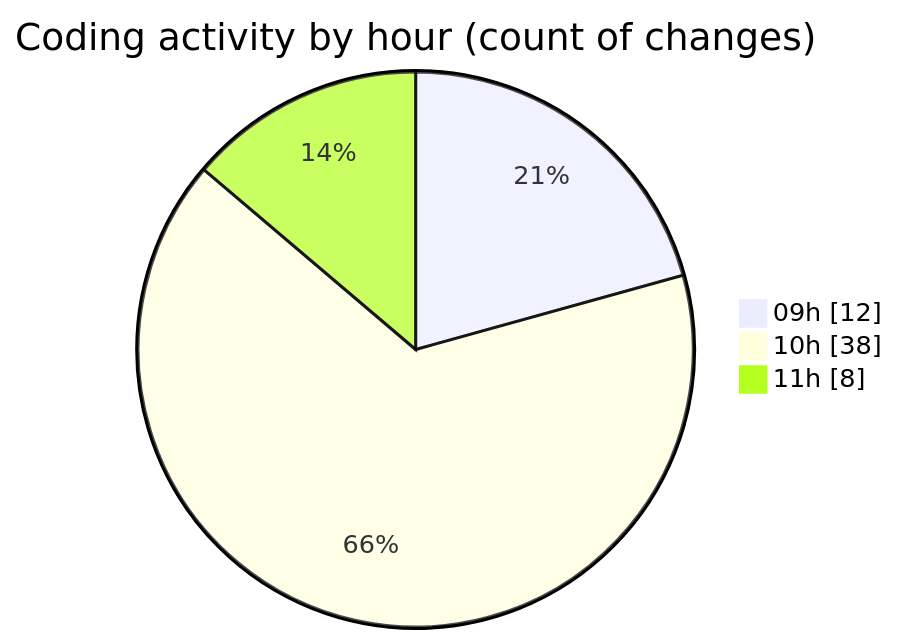
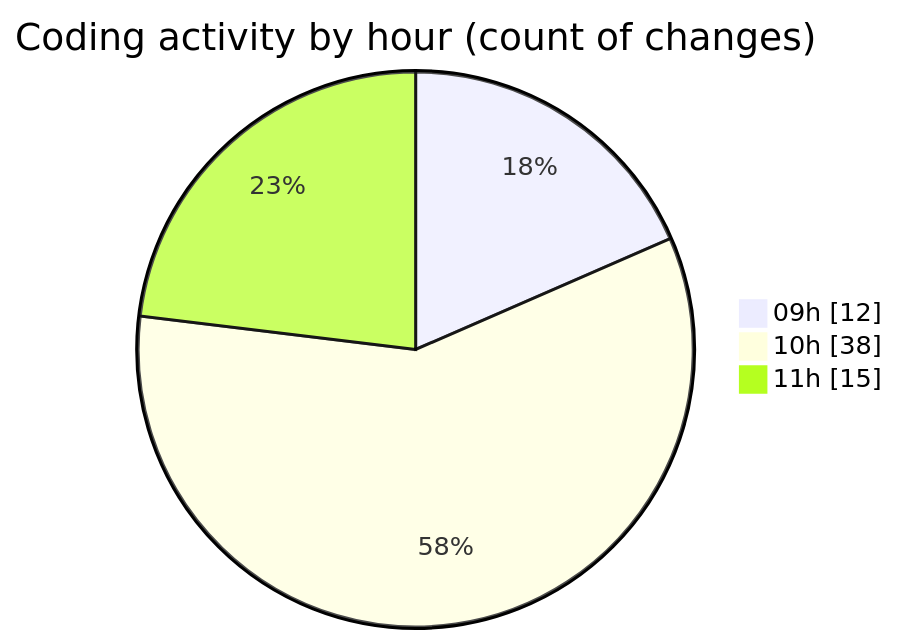
One commit to momahboobian/code-tracking changed the second of 2 diagrams in 2025-10-03/cda/README.md. Above: the diagram before and after it, drawn with Mermaid. The commit also changed other lines of this file and 1 other file, not shown here.

````diff
--- a/2025-10-03/cda/README.md
+++ b/2025-10-03/cda/README.md
@@ -33,7 +33,7 @@
 ```mermaid
 pie showData
 title Coding activity by hour (count of changes)
 "09h" : 12
 "10h" : 38
-"11h" : 8
+"11h" : 15
 ```
````
